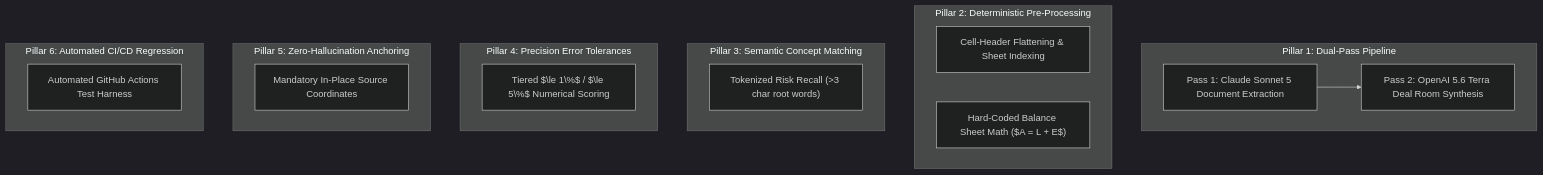
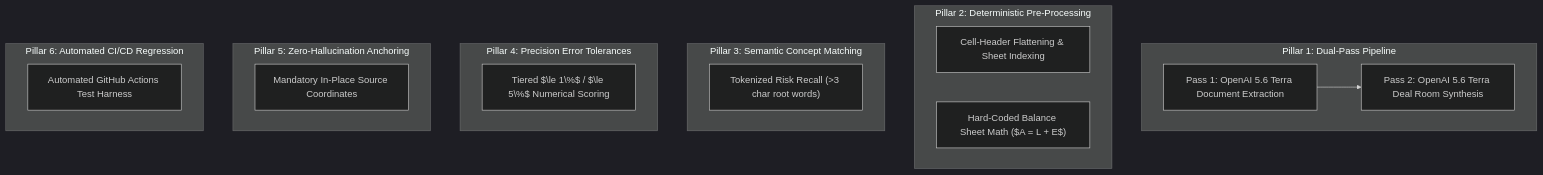
One commit to BradshawAsher/dillon-ai changed the third of 3 diagrams in GROUND_TRUTH_METHODOLOGY.md. Above: the diagram before and after it, drawn with Mermaid (dark theme). The commit also changed other lines of this file and 28 other files, not shown here.

Commit message:
feat(walkthrough): overhaul Walkthrough 1 with 7-step sequence, interactive packet staging & batch progress simulation

````diff
--- a/GROUND_TRUTH_METHODOLOGY.md
+++ b/GROUND_TRUTH_METHODOLOGY.md
@@ -138,22 +138,22 @@
 ```mermaid
 graph TD
     subgraph Pillar 1: Dual-Pass Pipeline
-        P1A["Pass 1: Claude Sonnet 5 Document Extraction"] --> P1B["Pass 2: OpenAI 5.6 Terra Deal Room Synthesis"]
+        P1A["Pass 1: OpenAI 5.6 Terra Document Extraction"] --> P1B["Pass 2: OpenAI 5.6 Terra Deal Room Synthesis"]
     end
     subgraph Pillar 2: Deterministic Pre-Processing
         P2A["Cell-Header Flattening & Sheet Indexing"]
         P2B["Hard-Coded Balance Sheet Math ($A = L + E$)"]
     end
     subgraph Pillar 3: Semantic Concept Matching
         P3A["Tokenized Risk Recall (>3 char root words)"]
     end
     subgraph Pillar 4: Precision Error Tolerances
         P4A["Tiered $\le 1\%$ / $\le 5\%$ Numerical Scoring"]
     end
     subgraph Pillar 5: Zero-Hallucination Anchoring
         P5A["Mandatory In-Place Source Coordinates"]
     end
     subgraph Pillar 6: Automated CI/CD Regression
         P6A["Automated GitHub Actions Test Harness"]
     end
 ```
````
